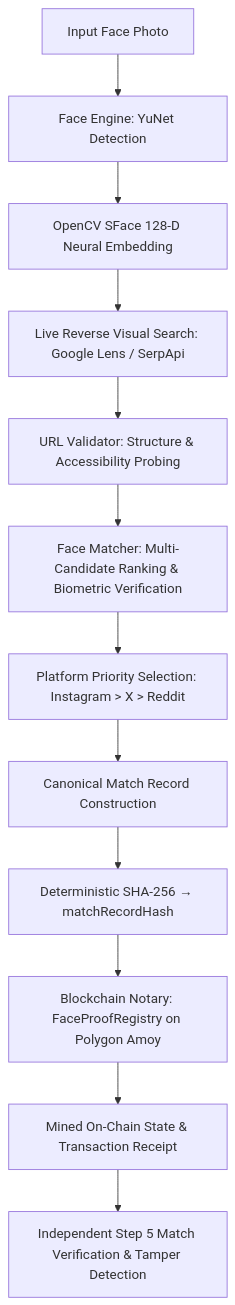
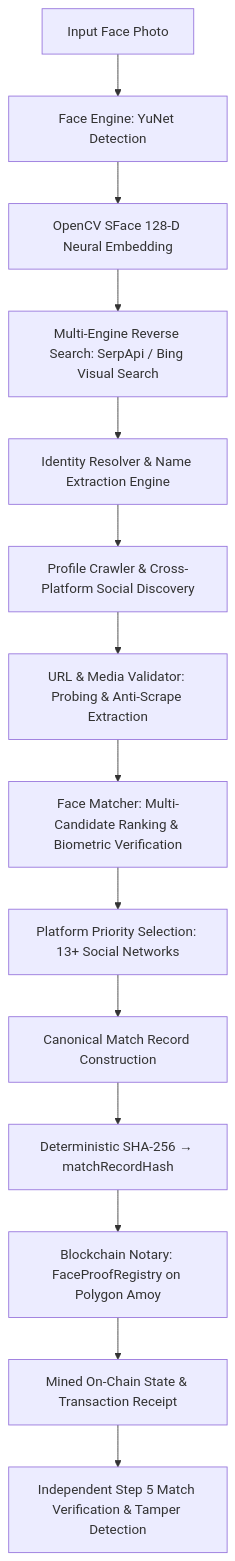
The first of 3 diagrams in README.md (theanshukr/Facemap), drawn with Mermaid before and after one commit. The commit also changed other lines of this file and 2 other files, not shown here.

Commit message:
unknown reciept tested

````diff
--- a/README.md
+++ b/README.md
@@ -15,14 +15,16 @@
 ```mermaid
 graph TD
     A[Input Face Photo] --> B[Face Engine: YuNet Detection]
     B --> C[OpenCV SFace 128-D Neural Embedding]
-    C --> D[Live Reverse Visual Search: Google Lens / SerpApi]
-    D --> E[URL Validator: Structure & Accessibility Probing]
-    E --> F[Face Matcher: Multi-Candidate Ranking & Biometric Verification]
-    F --> G[Platform Priority Selection: Instagram > X > Reddit]
-    G --> H[Canonical Match Record Construction]
-    H --> I[Deterministic SHA-256 → matchRecordHash]
-    I --> J[Blockchain Notary: FaceProofRegistry on Polygon Amoy]
-    J --> K[Mined On-Chain State & Transaction Receipt]
-    K --> L[Independent Step 5 Match Verification & Tamper Detection]
+    C --> D[Multi-Engine Reverse Search: SerpApi / Bing Visual Search]
+    D --> E[Identity Resolver & Name Extraction Engine]
+    E --> F[Profile Crawler & Cross-Platform Social Discovery]
+    F --> G[URL & Media Validator: Probing & Anti-Scrape Extraction]
+    G --> H[Face Matcher: Multi-Candidate Ranking & Biometric Verification]
+    H --> I[Platform Priority Selection: 13+ Social Networks]
+    I --> J[Canonical Match Record Construction]
+    J --> K[Deterministic SHA-256 → matchRecordHash]
+    K --> L[Blockchain Notary: FaceProofRegistry on Polygon Amoy]
+    L --> M[Mined On-Chain State & Transaction Receipt]
+    M --> N[Independent Step 5 Match Verification & Tamper Detection]
 ```
````
